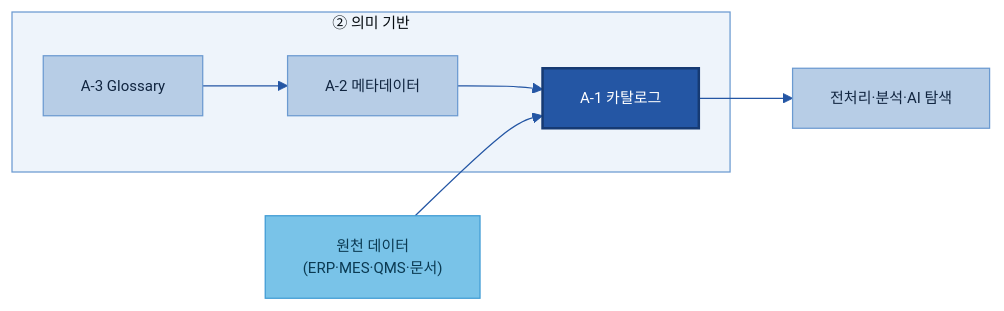
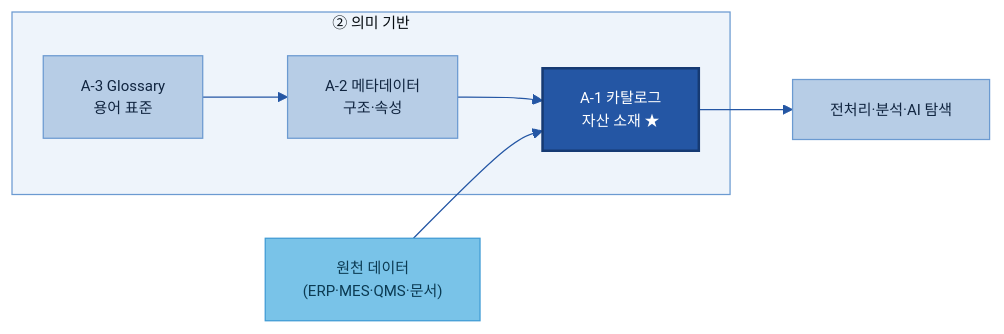
The first of 16 diagrams in A-1 데이터 카탈로그.md (jin-kearney/ai-ready-data-manual), drawn with Mermaid before and after one commit. The commit also changed other lines of this file and 1 other file, not shown here.

First line of the commit message:
feat(A-1): 데이터 카탈로그 가이드 심화 (멀티 에이전트 작성 v0.2)

````diff
--- a/A-1 데이터 카탈로그.md
+++ b/A-1 데이터 카탈로그.md
@@ -48,12 +104,12 @@
 ```mermaid
 %%{init: {'theme':'base','themeVariables':{'primaryColor':'#DCE8F5','primaryBorderColor':'#2456A4','primaryTextColor':'#10243f','lineColor':'#2456A4','clusterBkg':'#EEF4FB','clusterBorder':'#6B9AD1','fontSize':'12px'}}}%%
 flowchart LR
     subgraph S1["② 의미 기반"]
-        A3["A-3 Glossary"]:::n --> A2["A-2 메타데이터"]:::n --> A1["A-1 카탈로그"]:::cat
+        A3["A-3 Glossary<br/>용어 표준"]:::n --> A2["A-2 메타데이터<br/>구조·속성"]:::n --> A1["A-1 카탈로그<br/>자산 소재 ★"]:::cat
     end
     SRC["원천 데이터<br/>(ERP·MES·QMS·문서)"]:::src --> A1
     A1 --> USE["전처리·분석·AI 탐색"]:::n
     classDef n fill:#B7CDE6,stroke:#6B9AD1,color:#10243f;
     classDef src fill:#79C3E8,stroke:#3F9BD4,color:#0b3a52;
     classDef cat fill:#2456A4,color:#fff,stroke:#163a73,stroke-width:2px;
 ```
````
